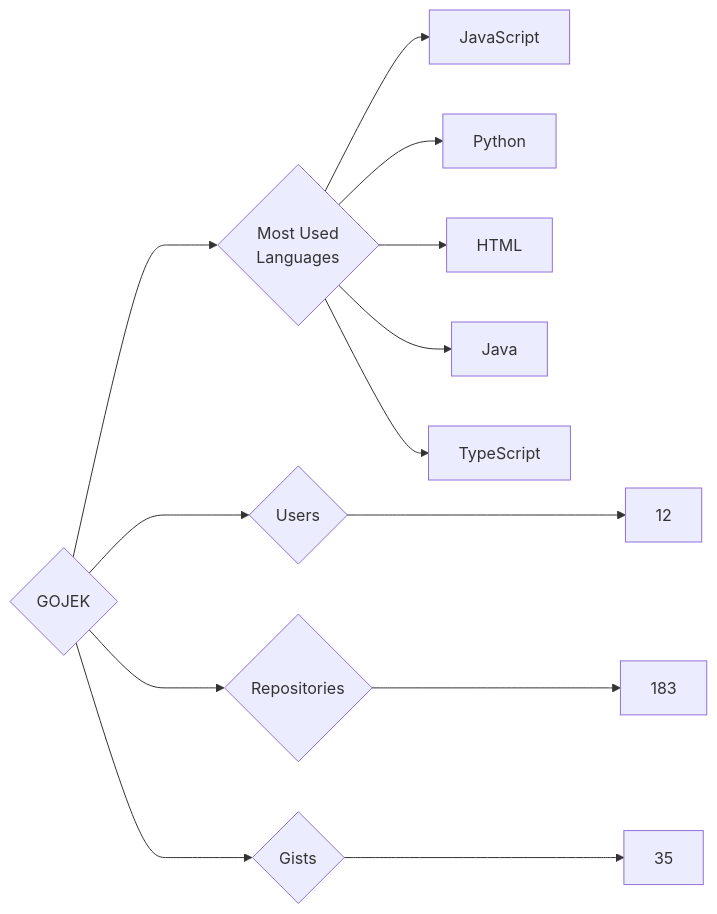
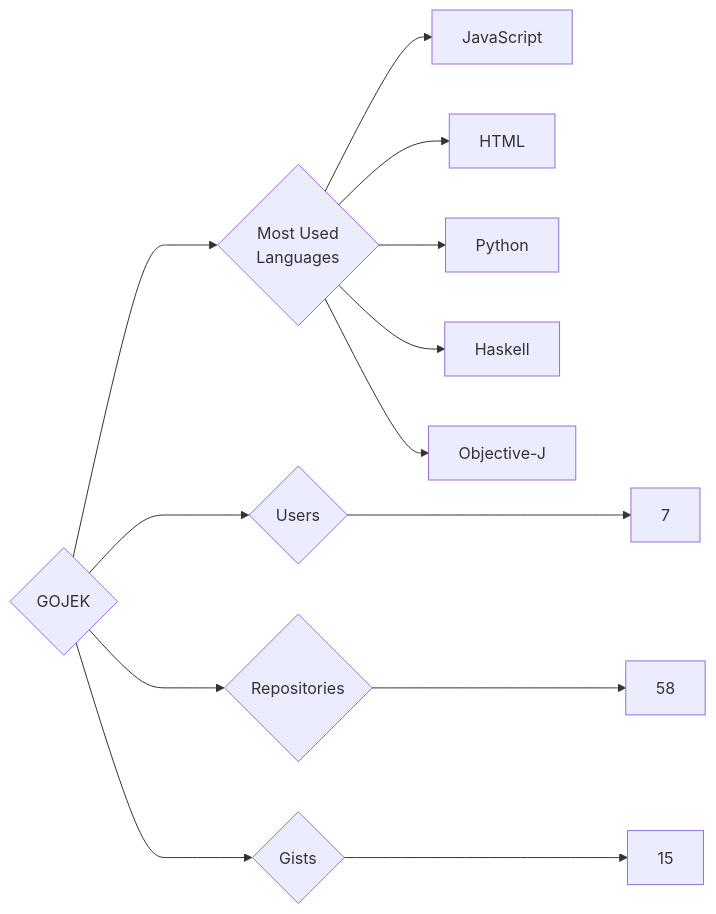
The diagram in targets/GOJEK/README.md (trickest/insiders), drawn with Mermaid before and after one commit. The commit also changed 1120 other files, not shown here.

````diff
--- a/targets/GOJEK/README.md
+++ b/targets/GOJEK/README.md
@@ -3,13 +3,13 @@
 ```mermaid
 graph LR
 COMPANY_NAME{GOJEK}
-COMPANY_NAME ---> U{Users} ---> UN[12]
-COMPANY_NAME ---> R{Repositories} ---> RN[183]
-COMPANY_NAME ---> G{Gists} ---> GN[35]
+COMPANY_NAME ---> U{Users} ---> UN[7]
+COMPANY_NAME ---> R{Repositories} ---> RN[58]
+COMPANY_NAME ---> G{Gists} ---> GN[15]
 COMPANY_NAME ---> ML{Most Used<br>Languages}
 ML --> JavaScript[JavaScript]
+ML --> HTML[HTML]
 ML --> Python[Python]
-ML --> HTML[HTML]
-ML --> Java[Java]
-ML --> TypeScript[TypeScript]
+ML --> Haskell[Haskell]
+ML --> Objective-J[Objective-J]
 ```
````
